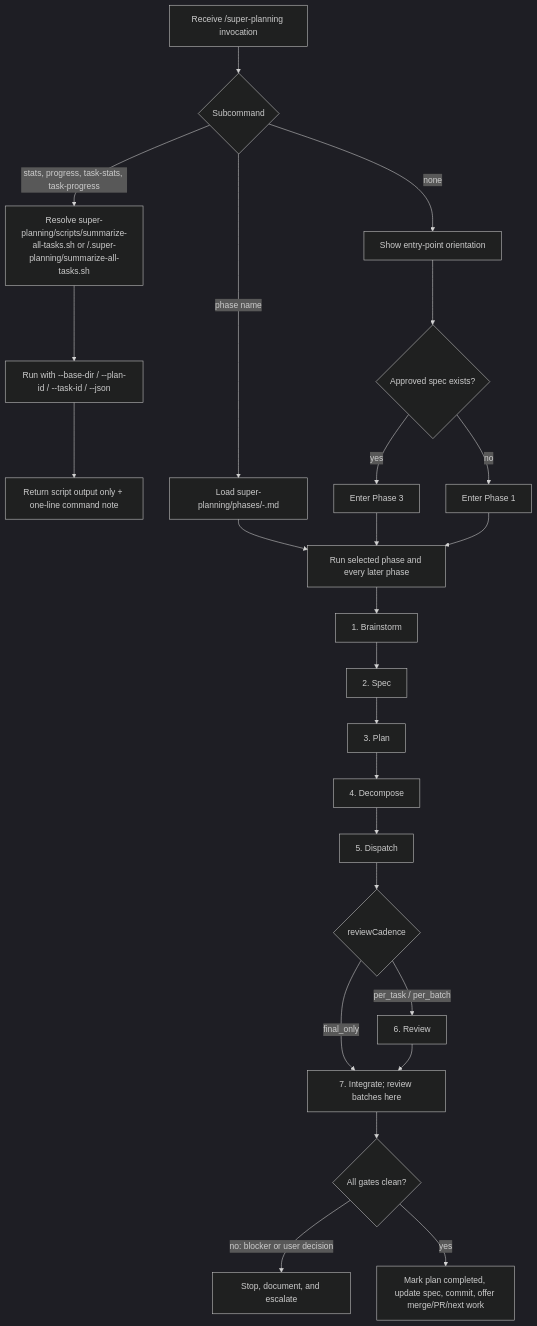
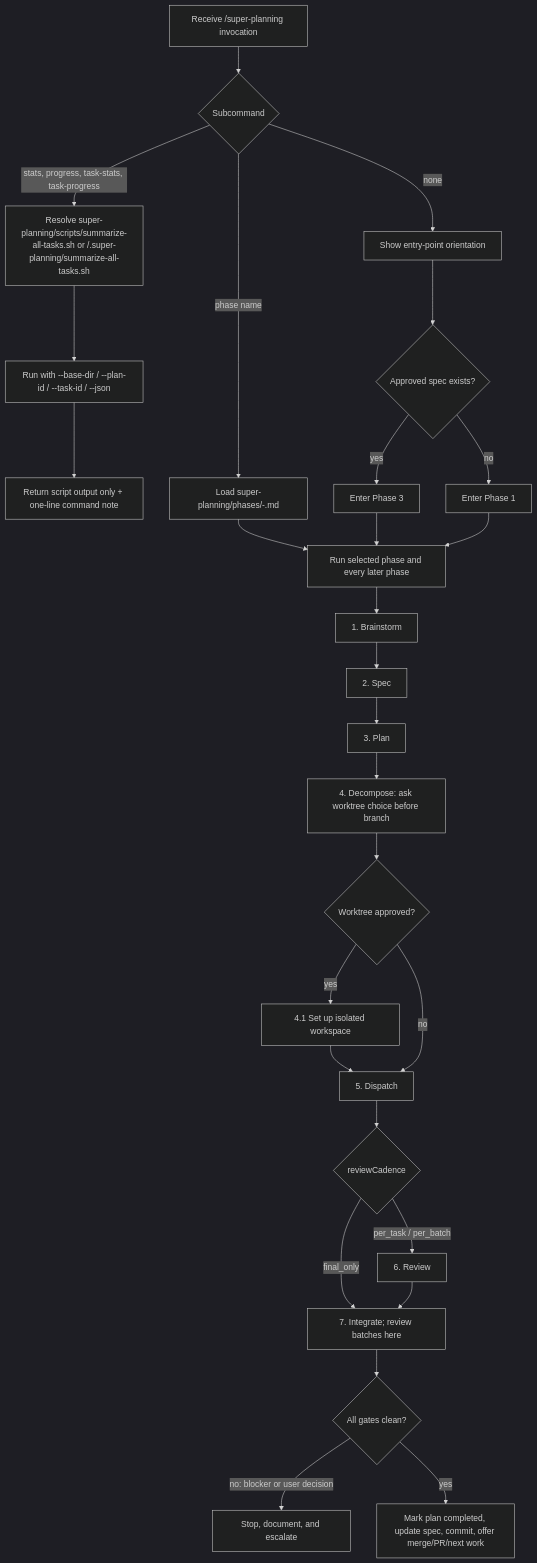
The first of 11 diagrams in skills/super-planning/docs/workflows.md (gugacarbo/agents-skills), drawn with Mermaid (dark theme) before and after one commit. The commit also changed other lines of this file and 68 other files, not shown here.

````diff
--- a/skills/super-planning/docs/workflows.md
+++ b/skills/super-planning/docs/workflows.md
@@ -17,24 +17,26 @@
 ```mermaid
 flowchart TD
     A["Receive /super-planning invocation"] --> B{"Subcommand"}
     B -->|stats, progress, task-stats, task-progress| S1["Resolve super-planning/scripts/summarize-all-tasks.sh or <repo>/.super-planning/summarize-all-tasks.sh"]
     S1 --> S2["Run with --base-dir / --plan-id / --task-id / --json"] --> S3["Return script output only + one-line command note"]
     B -->|phase name| R1["Load super-planning/phases/<NN>-<phase>.md"]
     B -->|none| R2["Show entry-point orientation"]
     R2 --> R3{"Approved spec exists?"}
     R3 -->|yes| R4["Enter Phase 3"]
     R3 -->|no| R5["Enter Phase 1"]
     R1 --> P["Run selected phase and every later phase"]
     R4 --> P
     R5 --> P
 
     P --> P1["1. Brainstorm"] --> P2["2. Spec"] --> P3["3. Plan"]
-    P3 --> P4["4. Decompose"] --> P5["5. Dispatch"]
+    P3 --> P4["4. Decompose: ask worktree choice before branch"] --> W{"Worktree approved?"}
+    W -->|yes| P41["4.1 Set up isolated workspace"] --> P5["5. Dispatch"]
+    W -->|no| P5
     P5 --> C{"reviewCadence"}
     C -->|per_task / per_batch| P6["6. Review"]
     C -->|final_only| P7["7. Integrate; review batches here"]
     P6 --> P7
     P7 --> Q{"All gates clean?"}
     Q -->|no: blocker or user decision| X["Stop, document, and escalate"]
     Q -->|yes| Y["Mark plan completed, update spec, commit, offer merge/PR/next work"]
 ```
````
